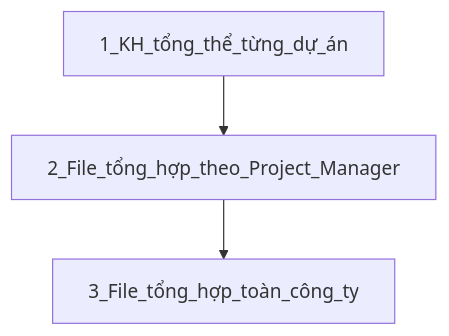
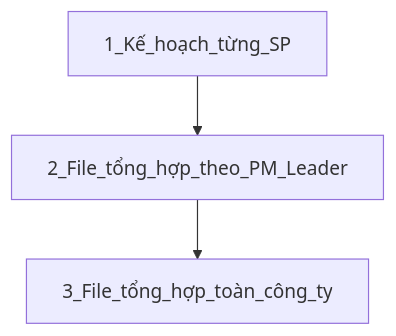
One commit to hoanglong8/FoxAI-Cong-viec-chung changed the first of 4 diagrams in Biên bản họp/Năm 2025/Tháng 4/BB họp tuần 16.md. Above: the diagram before and after it, drawn with Mermaid. The commit also changed other lines of this file, not shown here.

````diff
--- a/Biên bản họp/Năm 2025/Tháng 4/BB họp tuần 16.md
+++ b/Biên bản họp/Năm 2025/Tháng 4/BB họp tuần 16.md
@@ -37,4 +37,4 @@
 ```mermaid
 graph TB;
-    1_KH_tổng_thể_từng_dự_án --> 2_File_tổng_hợp_theo_Project_Manager --> 3_File_tổng_hợp_toàn_công_ty
+    1_Kế_hoạch_từng_SP --> 2_File_tổng_hợp_theo_PM_Leader --> 3_File_tổng_hợp_toàn_công_ty
 ```
````
